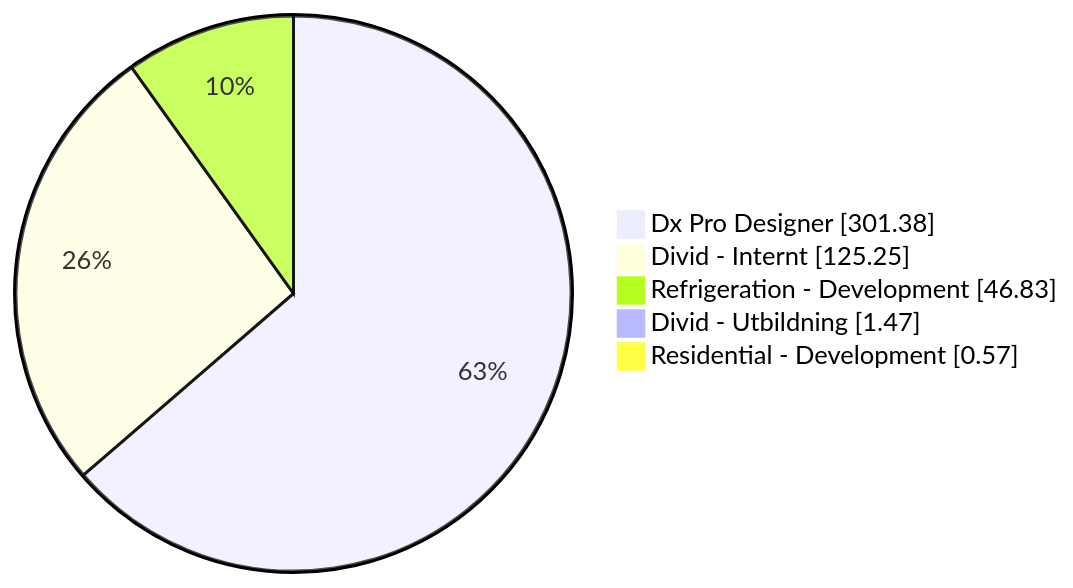
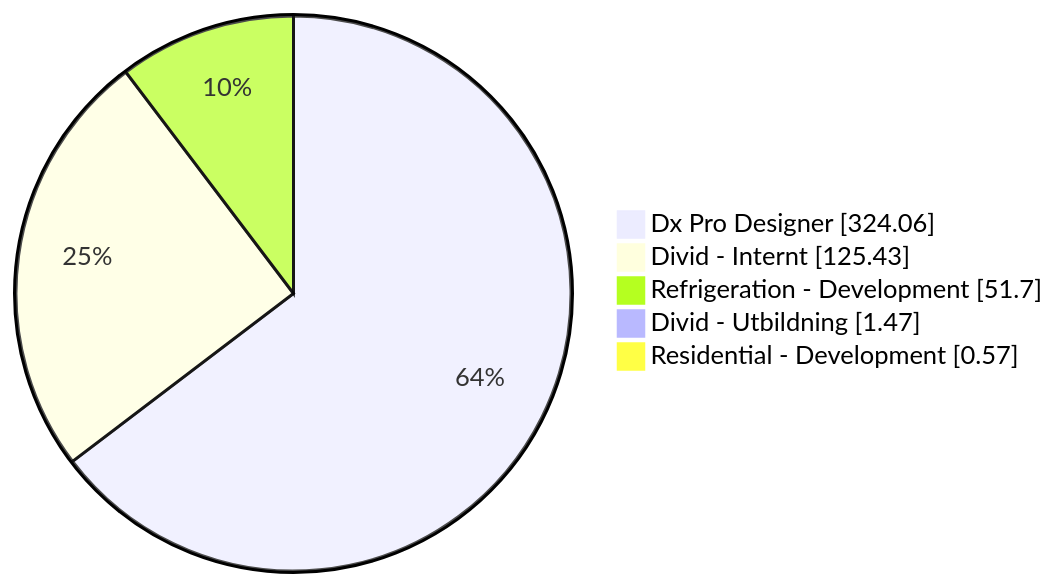
The first of 5 diagrams in README.org (albinforsberg-netizen/timeclock), drawn with Mermaid before and after one commit. The commit also changed other lines of this file, not shown here.

```diff
--- a/README.org
+++ b/README.org
@@ -32,8 +32,8 @@
 #+begin_src mermaid
 pie showData
-    "Dx Pro Designer" : 301.38
-    "Divid - Internt" : 125.25
-    "Refrigeration - Development" : 46.83
+    "Dx Pro Designer" : 324.06
+    "Divid - Internt" : 125.43
+    "Refrigeration - Development" : 51.70
     "Divid - Utbildning" : 1.47
     "Residential - Development" : 0.57
 #+end_src
```
